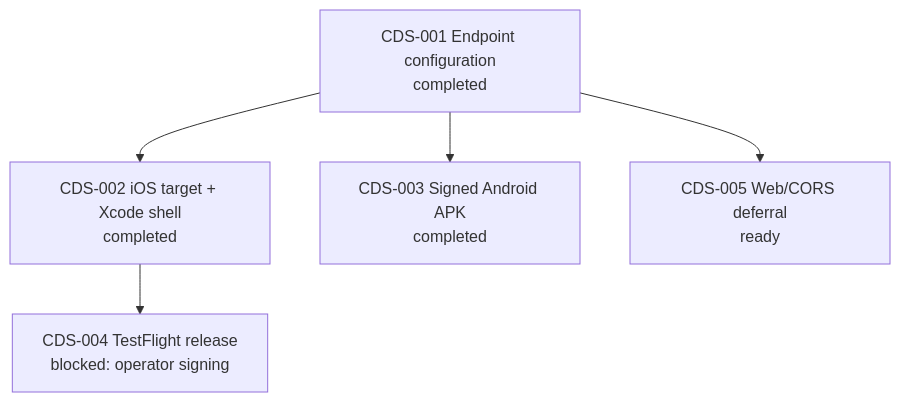
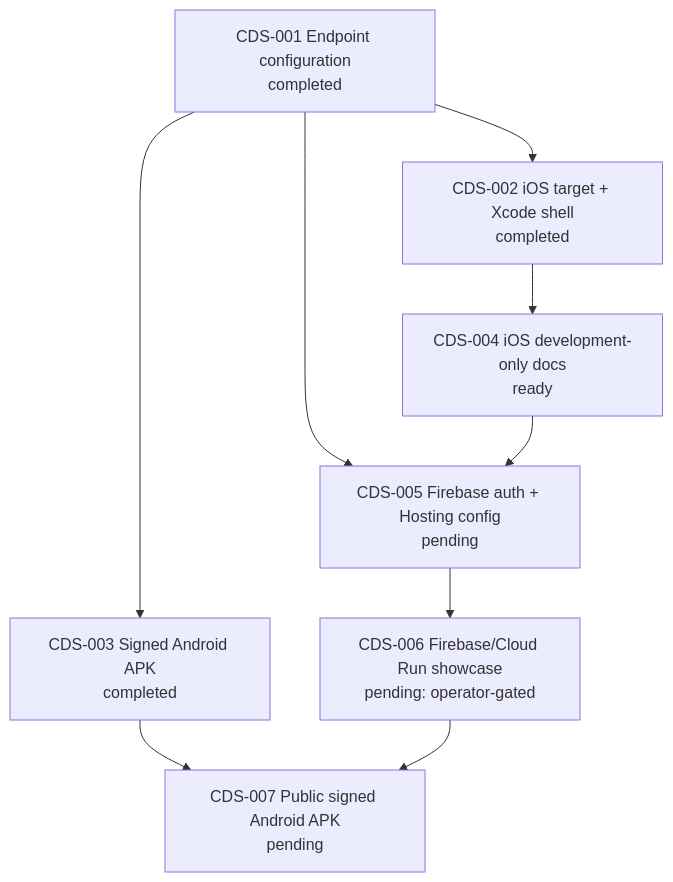
Before and after one commit to allenljf/algorithm-learning: the eighth of 8 diagrams in agent-workflow/WORK_GRAPH.md, drawn with Mermaid. The commit also changed other lines of this file and 5 other files, not shown here.

Commit message:
docs(client): plan public web showcase

````diff
--- a/agent-workflow/WORK_GRAPH.md
+++ b/agent-workflow/WORK_GRAPH.md
@@ -181,13 +181,19 @@
 ```mermaid
 flowchart TD
   D1[CDS-001 Endpoint configuration\ncompleted]
   D2[CDS-002 iOS target + Xcode shell\ncompleted]
   D3[CDS-003 Signed Android APK\ncompleted]
-  D4[CDS-004 TestFlight release\nblocked: operator signing]
-  D5[CDS-005 Web/CORS deferral\nready]
+  D4[CDS-004 iOS development-only docs\nready]
+  D5[CDS-005 Firebase auth + Hosting config\npending]
+  D6[CDS-006 Firebase/Cloud Run showcase\npending: operator-gated]
+  D7[CDS-007 Public signed Android APK\npending]
 
   D1 --> D2
   D1 --> D3
+  D2 --> D4
   D1 --> D5
-  D2 --> D4
+  D4 --> D5
+  D5 --> D6
+  D3 --> D7
+  D6 --> D7
 ```
````
